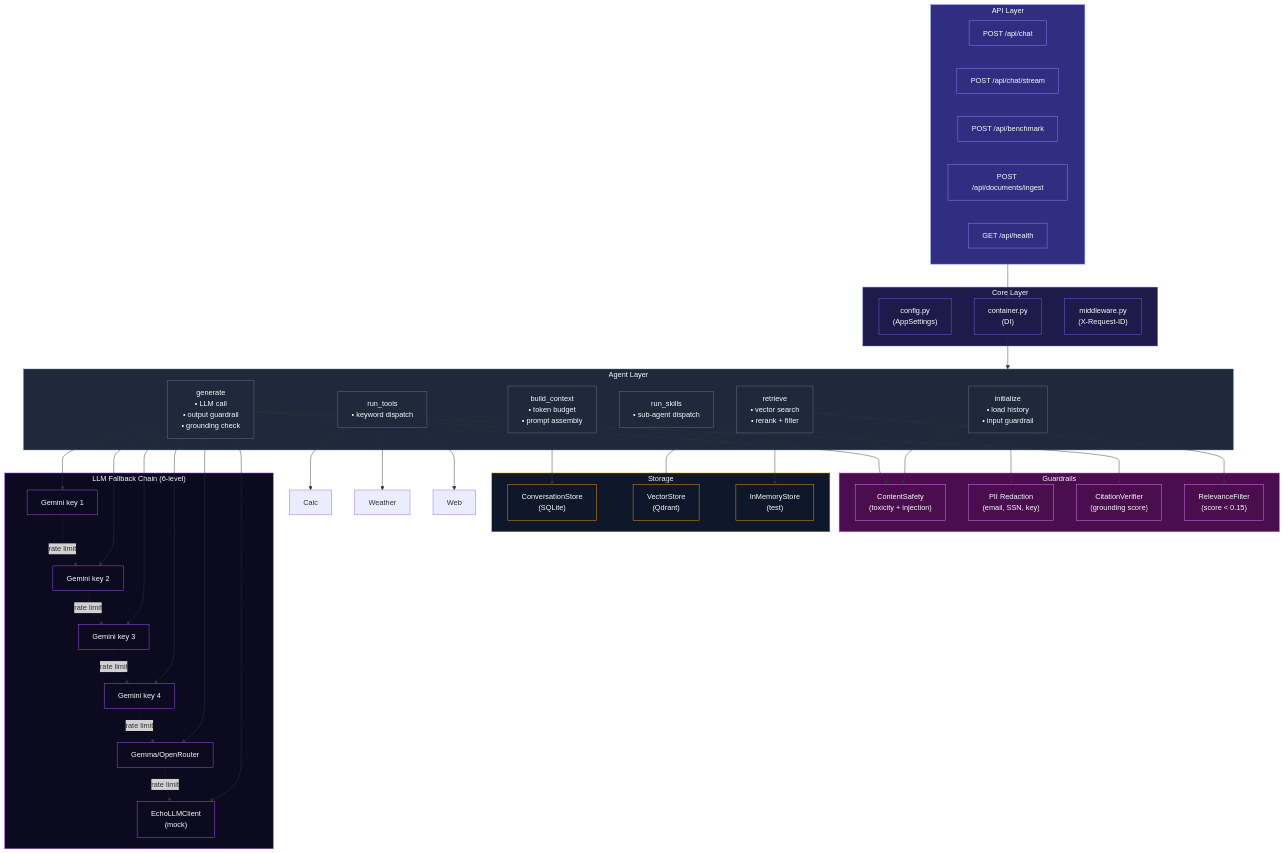
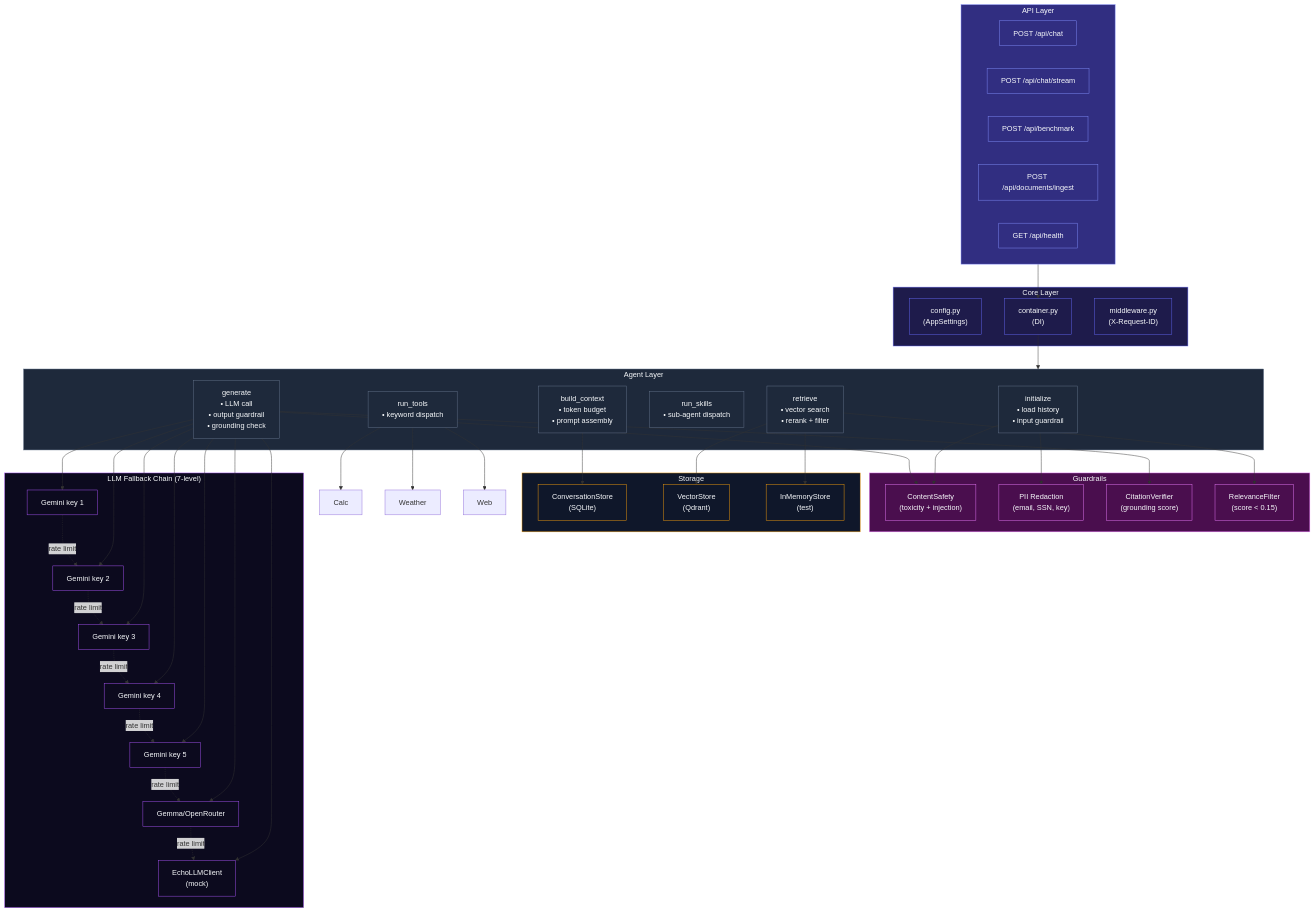
Before and after one commit to DIP-RO/Naive-RAG-and-StreamRAG-Benchmarking-Application: the second of 3 diagrams in README.md, drawn with Mermaid. The commit also changed other lines of this file and 4 other files, not shown here.

Commit message:
docs: mention free-tier rate limits upfront, 5 Gemini keys (7-level fallback)

````diff
--- a/README.md
+++ b/README.md
@@ -105,11 +107,12 @@
         MemStore["InMemoryStore<br/>(test)"]
     end
 
-    subgraph LLM["LLM Fallback Chain (6-level)"]
+    subgraph LLM["LLM Fallback Chain (7-level)"]
         GC["Gemini key 1"]
         GF1["Gemini key 2"]
         GF2["Gemini key 3"]
         GF3["Gemini key 4"]
+        GF4["Gemini key 5"]
         GR["Gemma/OpenRouter"]
         Echo["EchoLLMClient<br/>(mock)"]
     end
@@ -125,12 +128,14 @@
     Gen --> GF1
     Gen --> GF2
     Gen --> GF3
+    Gen --> GF4
     Gen --> GR
     Gen --> Echo
     GC -. rate limit .-> GF1
     GF1 -. rate limit .-> GF2
     GF2 -. rate limit .-> GF3
-    GF3 -. rate limit .-> GR
+    GF3 -. rate limit .-> GF4
+    GF4 -. rate limit .-> GR
     GR -. rate limit .-> Echo
     Ctx --> SQL
     Retrieve --> Qdrant
@@ -150,5 +155,5 @@
     class Agent,Init,Retrieve,Tools,Skills,Ctx,Gen agent
     class Guard,Safety,PII,Cite,Rel guard
     class Storage,SQL,Qdrant,MemStore storage
-    class LLM,GC,GF1,GF2,GF3,GR,Echo llm
+    class LLM,GC,GF1,GF2,GF3,GF4,GR,Echo llm
 ```
````
